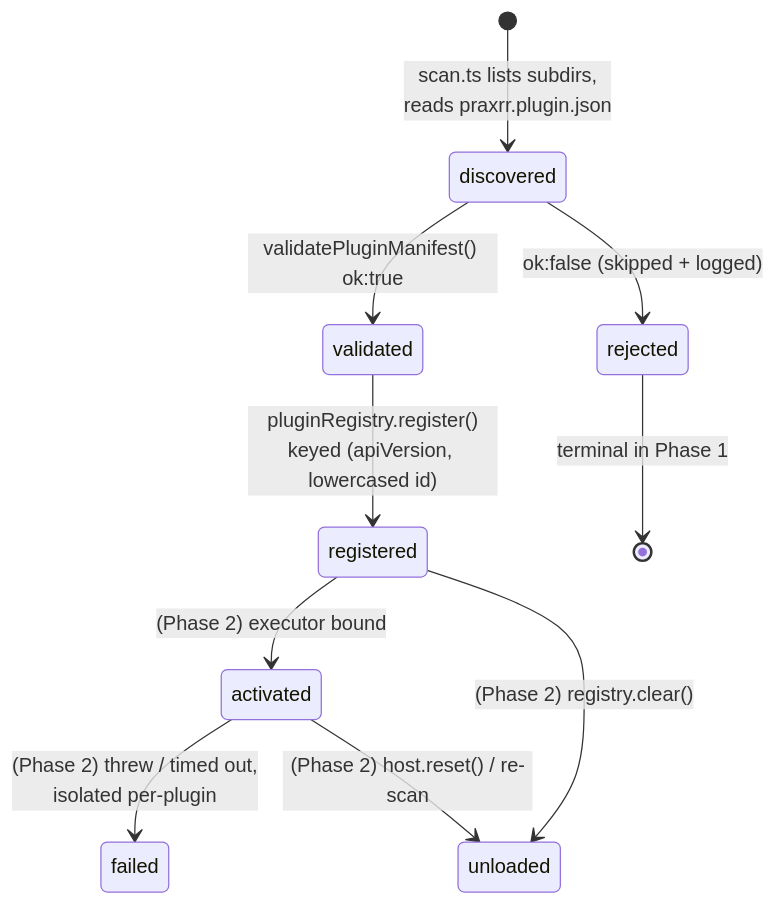
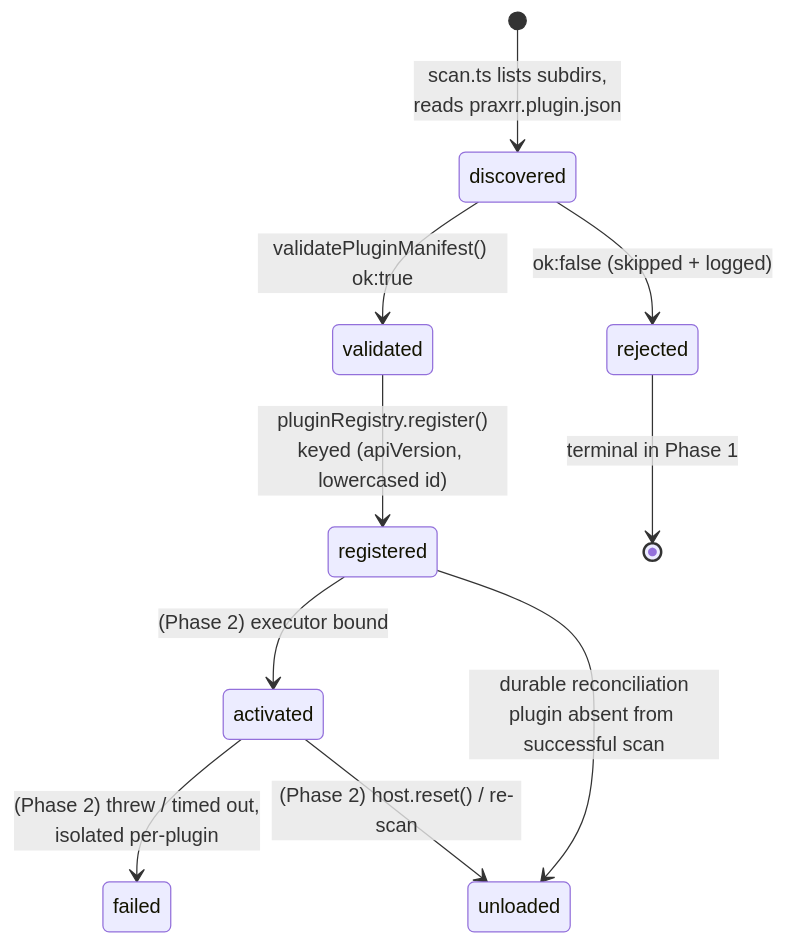
One commit to yandy-r/praxrr changed the second of 3 diagrams in docs/architecture/plugins.md. Above: the diagram before and after it, drawn with Mermaid. The commit also changed other lines of this file and 35 other files, not shown here.

First line of the commit message:
feat(plugins): add durable registry API

````diff
--- a/docs/architecture/plugins.md
+++ b/docs/architecture/plugins.md
@@ -136,13 +148,13 @@
 ```mermaid
 stateDiagram-v2
     [*] --> discovered: scan.ts lists subdirs,<br/>reads praxrr.plugin.json
     discovered --> validated: validatePluginManifest() ok:true
     discovered --> rejected: ok:false (skipped + logged)
     validated --> registered: pluginRegistry.register()<br/>keyed (apiVersion, lowercased id)
     rejected --> [*]: terminal in Phase 1
 
     registered --> activated: (Phase 2) executor bound
     activated --> failed: (Phase 2) threw / timed out,<br/>isolated per-plugin
     activated --> unloaded: (Phase 2) host.reset() / re-scan
-    registered --> unloaded: (Phase 2) registry.clear()
+    registered --> unloaded: durable reconciliation<br/>plugin absent from successful scan
 ```
````
